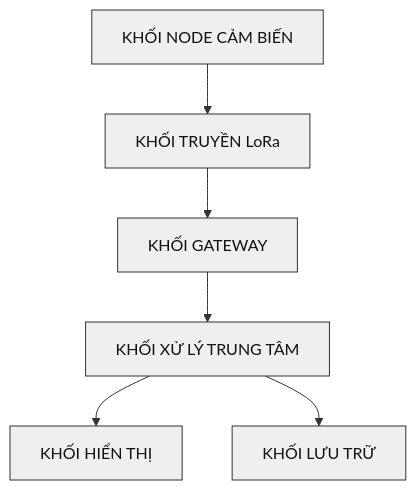
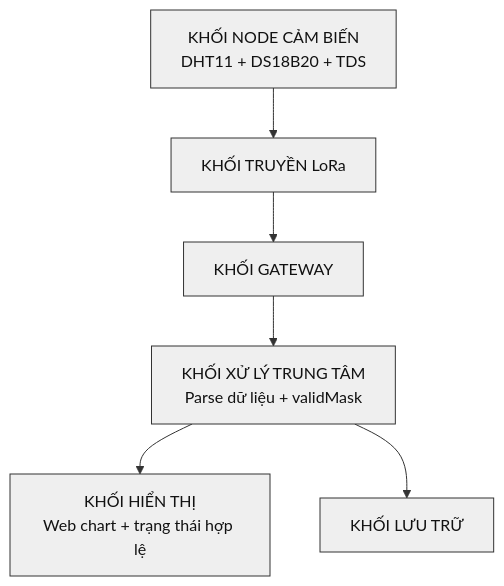
One commit to TUPM96/cambien changed the diagram in SO_DO_1_HE_THONG_BLOCK.md. Above: the diagram before and after it, drawn with Mermaid. The commit also changed 11 other files, not shown here.

````diff
--- a/SO_DO_1_HE_THONG_BLOCK.md
+++ b/SO_DO_1_HE_THONG_BLOCK.md
@@ -3,20 +3,20 @@
 ```mermaid
 flowchart TB
-    A[KHỐI NODE CẢM BIẾN]
+    A[KHỐI NODE CẢM BIẾN<br/>DHT11 + DS18B20 + TDS]
     B[KHỐI TRUYỀN LoRa]
     C[KHỐI GATEWAY]
-    D[KHỐI XỬ LÝ TRUNG TÂM]
-    E[KHỐI HIỂN THỊ]
+    D[KHỐI XỬ LÝ TRUNG TÂM<br/>Parse dữ liệu + validMask]
+    E[KHỐI HIỂN THỊ<br/>Web chart + trạng thái hợp lệ]
     F[KHỐI LƯU TRỮ]
 
     A --> B --> C --> D
     D --> E
     D --> F
 
     style A fill:#efefef,stroke:#333,stroke-width:1px,color:#111
     style B fill:#efefef,stroke:#333,stroke-width:1px,color:#111
     style C fill:#efefef,stroke:#333,stroke-width:1px,color:#111
     style D fill:#efefef,stroke:#333,stroke-width:1px,color:#111
     style E fill:#efefef,stroke:#333,stroke-width:1px,color:#111
     style F fill:#efefef,stroke:#333,stroke-width:1px,color:#111
 ```
````
